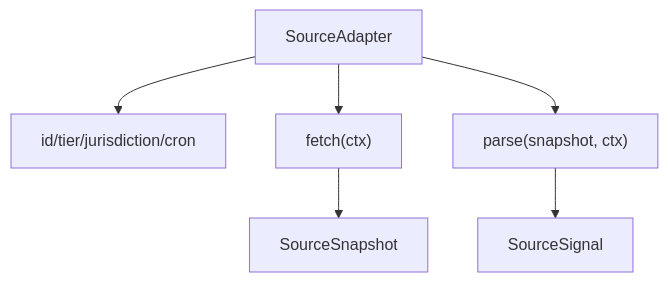
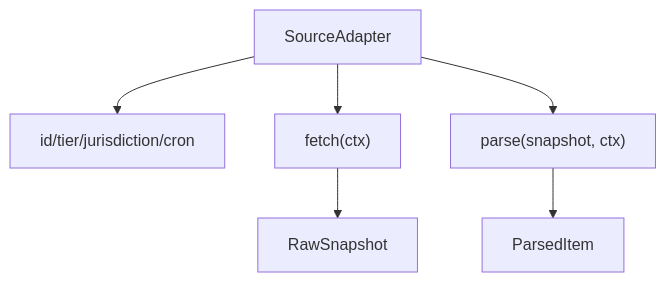
One commit to langgenius/due-date-hq-jwl changed the second of 4 diagrams in docs/project-modules/10-ingest-pulse-sources.md. Above: the diagram before and after it, drawn with Mermaid. The commit also changed other lines of this file and 71 other files, not shown here.

````diff
--- a/docs/project-modules/10-ingest-pulse-sources.md
+++ b/docs/project-modules/10-ingest-pulse-sources.md
@@ -109,15 +109,15 @@
 ```mermaid
 flowchart TB
   Adapter["SourceAdapter"]
   Metadata["id/tier/jurisdiction/cron"]
   Fetcher["fetch(ctx)"]
   Parser["parse(snapshot, ctx)"]
-  Snapshot["SourceSnapshot"]
-  Signal["SourceSignal"]
+  Raw["RawSnapshot"]
+  Item["ParsedItem"]
 
   Adapter --> Metadata
   Adapter --> Fetcher
-  Fetcher --> Snapshot
+  Fetcher --> Raw
   Adapter --> Parser
-  Parser --> Signal
+  Parser --> Item
 ```
````
